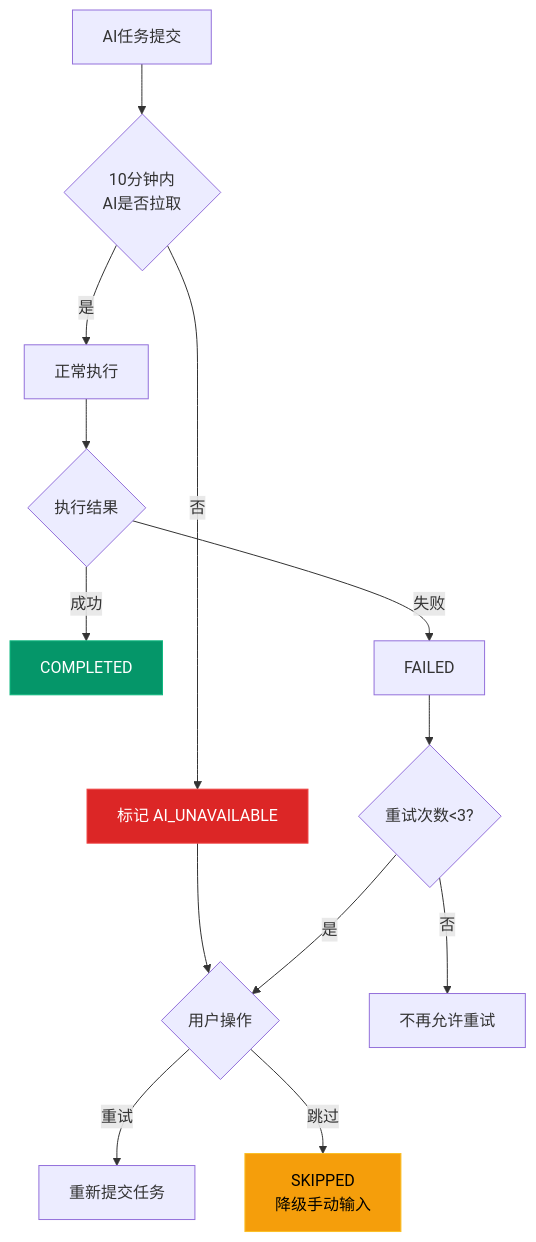
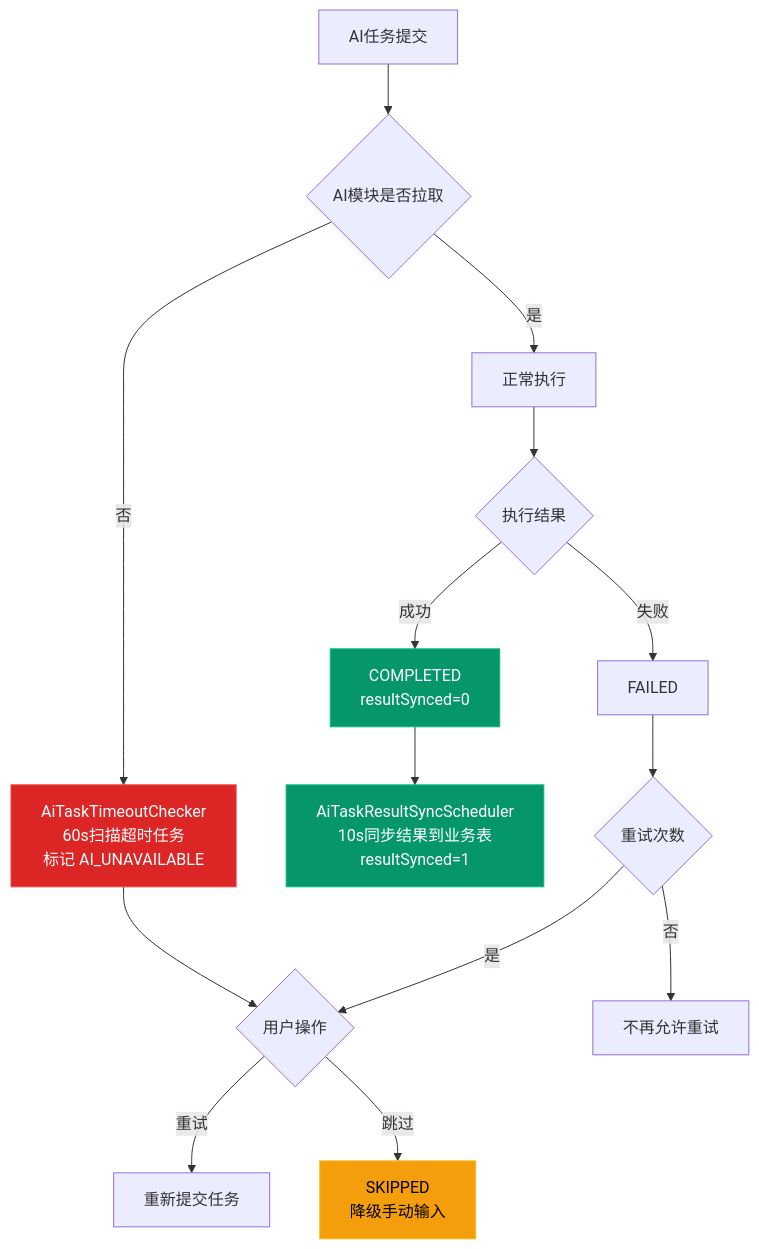
One commit to DrunkFood/First changed the tenth of 20 diagrams in docs/projects/业务需求编制到招标文件完成-业务流程梳理.md. Above: the diagram before and after it, drawn with Mermaid. The commit also changed other lines of this file and 30 other files, not shown here.

````diff
--- a/docs/projects/业务需求编制到招标文件完成-业务流程梳理.md
+++ b/docs/projects/业务需求编制到招标文件完成-业务流程梳理.md
@@ -418,19 +420,21 @@
 ```mermaid
 flowchart TD
-    A["AI任务提交"] --> B{10分钟内<br/>AI是否拉取}
+    A["AI任务提交"] --> B{AI模块是否拉取}
     B -->|是| C["正常执行"]
-    B -->|否| D["标记 AI_UNAVAILABLE"]
+    B -->|否| D["AiTaskTimeoutChecker<br/>60s扫描超时任务<br/>标记 AI_UNAVAILABLE"]
     D --> E{用户操作}
     E -->|重试| F["重新提交任务"]
     E -->|跳过| G["SKIPPED<br/>降级手动输入"]
     C --> H{执行结果}
-    H -->|成功| I["COMPLETED"]
+    H -->|成功| I["COMPLETED<br/>resultSynced=0"]
+    I --> I2["AiTaskResultSyncScheduler<br/>10s同步结果到业务表<br/>resultSynced=1"]
     H -->|失败| J["FAILED"]
-    J --> K{重试次数<3?}
+    J --> K{重试次数<maxRetry?}
     K -->|是| E
     K -->|否| L["不再允许重试"]
 
     style D fill:#dc2626,stroke:#ef4444,color:#fff
     style G fill:#f59e0b,stroke:#fbbf24,color:#000
     style I fill:#059669,stroke:#10b981,color:#fff
+    style I2 fill:#059669,stroke:#10b981,color:#fff
 ```
````
